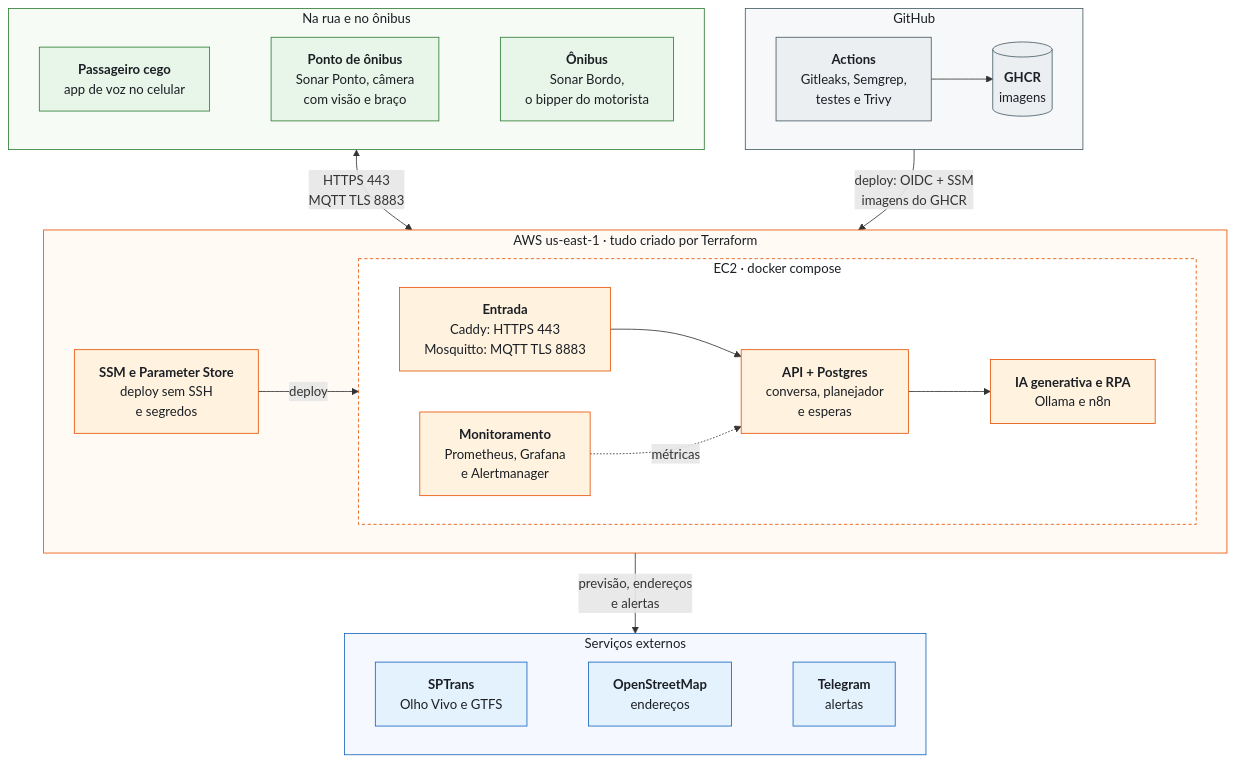
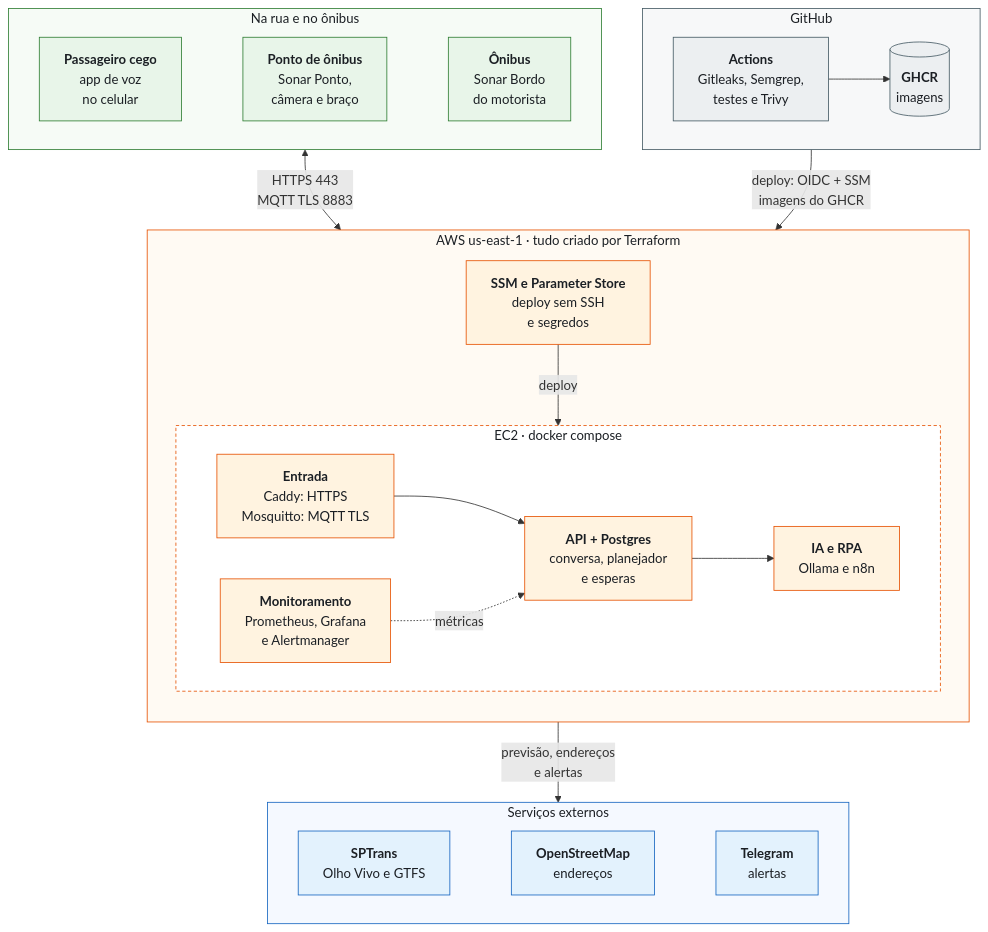
Before and after one commit to RodrigoResendeViana/sonar-blind: the diagram in README.md, drawn with Mermaid. The commit also changed 1 other file, not shown here.

Commit message:
docs: diagramas mais estreitos, para ler sem zoom no GitHub

````diff
--- a/README.md
+++ b/README.md
@@ -55,53 +55,53 @@
 ```mermaid
 flowchart TB
   subgraph rua["Na rua e no ônibus"]
     direction LR
-    PAS["<b>Passageiro cego</b><br/>app de voz no celular"]
-    PONTO["<b>Ponto de ônibus</b><br/>Sonar Ponto, câmera<br/>com visão e braço"]
-    BORDO["<b>Ônibus</b><br/>Sonar Bordo,<br/>o bipper do motorista"]
+    PAS["<b>Passageiro cego</b><br/>app de voz<br/>no celular"]
+    PONTO["<b>Ponto de ônibus</b><br/>Sonar Ponto,<br/>câmera e braço"]
+    BORDO["<b>Ônibus</b><br/>Sonar Bordo<br/>do motorista"]
     PAS ~~~ PONTO ~~~ BORDO
   end
 
   subgraph github["GitHub"]
     direction LR
     GHA["<b>Actions</b><br/>Gitleaks, Semgrep,<br/>testes e Trivy"] --> GHCR[("<b>GHCR</b><br/>imagens")]
   end
 
   subgraph aws["AWS us-east-1 · tudo criado por Terraform"]
-    direction LR
+    direction TB
     SSM["<b>SSM e Parameter Store</b><br/>deploy sem SSH<br/>e segredos"]
     subgraph ec2["EC2 · docker compose"]
       direction LR
-      ENT["<b>Entrada</b><br/>Caddy: HTTPS 443<br/>Mosquitto: MQTT TLS 8883"]
+      ENT["<b>Entrada</b><br/>Caddy: HTTPS<br/>Mosquitto: MQTT TLS"]
       NUC["<b>API + Postgres</b><br/>conversa, planejador<br/>e esperas"]
-      INT["<b>IA generativa e RPA</b><br/>Ollama e n8n"]
+      INT["<b>IA e RPA</b><br/>Ollama e n8n"]
       MON["<b>Monitoramento</b><br/>Prometheus, Grafana<br/>e Alertmanager"]
       ENT --> NUC --> INT
       MON -.->|métricas| NUC
     end
     SSM -->|deploy| ec2
   end
 
   subgraph fora["Serviços externos"]
     direction LR
     SPT["<b>SPTrans</b><br/>Olho Vivo e GTFS"] ~~~ OSM["<b>OpenStreetMap</b><br/>endereços"] ~~~ TG["<b>Telegram</b><br/>alertas"]
   end
 
   rua <-->|"HTTPS 443<br/>MQTT TLS 8883"| aws
   github -->|"deploy: OIDC + SSM<br/>imagens do GHCR"| aws
   aws -->|"previsão, endereços<br/>e alertas"| fora
 
   classDef pessoa fill:#e8f5e9,stroke:#2e7d32,color:#1b1f24
   classDef nuvem fill:#fff3e0,stroke:#e65100,color:#1b1f24
   classDef git fill:#eceff1,stroke:#455a64,color:#1b1f24
   classDef externo fill:#e3f2fd,stroke:#1565c0,color:#1b1f24
   class PAS,PONTO,BORDO pessoa
   class SSM,ENT,NUC,INT,MON nuvem
   class GHA,GHCR git
   class SPT,OSM,TG externo
   style rua fill:#f6fbf6,stroke:#2e7d32,color:#1b1f24
   style github fill:#f7f8f9,stroke:#455a64,color:#1b1f24
   style aws fill:#fffaf3,stroke:#e65100,color:#1b1f24
   style ec2 fill:#ffffff,stroke:#e65100,stroke-dasharray:4 3,color:#1b1f24
   style fora fill:#f5f9ff,stroke:#1565c0,color:#1b1f24
 ```
````
